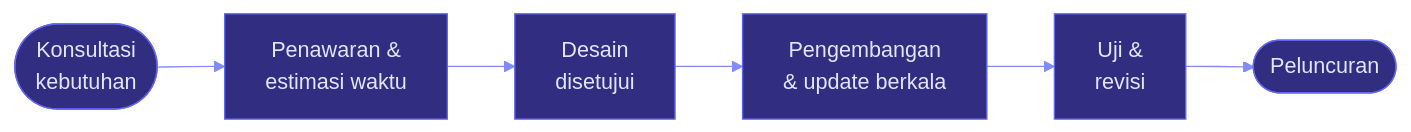
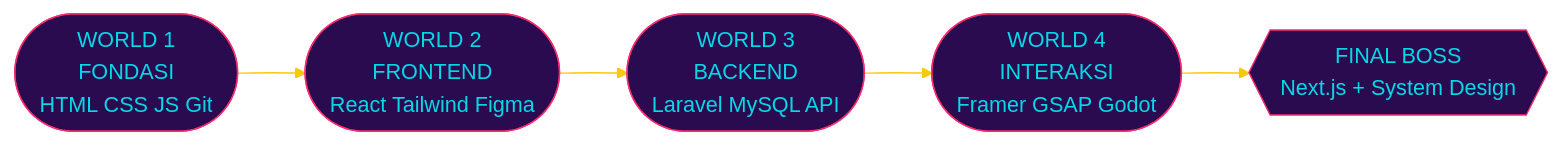
Before and after one commit to F1H444/F1H444: the first of 3 diagrams in README.md, drawn with Mermaid. The commit also changed other lines of this file, not shown here.

````diff
--- a/README.md
+++ b/README.md
@@ -564,9 +309,8 @@
 ```mermaid
-%%{init: {'theme':'base','themeVariables':{'primaryColor':'#312E81','primaryTextColor':'#E0E7FF','primaryBorderColor':'#6366F1','lineColor':'#818CF8','fontFamily':'monospace'}}}%%
+%%{init: {'theme':'base','themeVariables':{'primaryColor':'#2B0B4F','primaryTextColor':'#05D9E8','primaryBorderColor':'#FF2A6D','lineColor':'#F9C80E','secondaryColor':'#0D0221','tertiaryColor':'#0D0221','fontFamily':'monospace'}}}%%
 flowchart LR
-    A([Konsultasi<br/>kebutuhan]) --> B[Penawaran &<br/>estimasi waktu]
-    B --> C[Desain<br/>disetujui]
-    C --> D[Pengembangan<br/>& update berkala]
-    D --> E[Uji &<br/>revisi]
-    E --> F([Peluncuran])
+    W1([WORLD 1<br/>FONDASI<br/>HTML CSS JS Git]) --> W2([WORLD 2<br/>FRONTEND<br/>React Tailwind Figma])
+    W2 --> W3([WORLD 3<br/>BACKEND<br/>Laravel MySQL API])
+    W3 --> W4([WORLD 4<br/>INTERAKSI<br/>Framer GSAP Godot])
+    W4 --> BOSS{{FINAL BOSS<br/>Next.js + System Design}}
 ```
````
